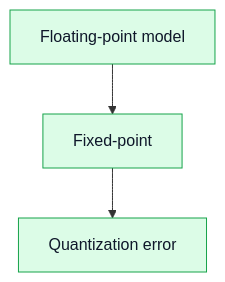
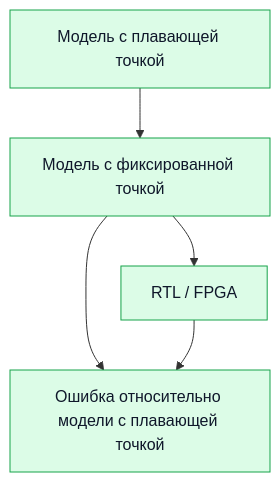
The diagram in blocks/block_01_intro_sdr/18_fixed_point_effects_ru.md (Lay007/zynq-sdr-course), drawn with Mermaid before and after one commit. The commit also changed other lines of this file and 35 other files, not shown here.

````diff
--- a/blocks/block_01_intro_sdr/18_fixed_point_effects_ru.md
+++ b/blocks/block_01_intro_sdr/18_fixed_point_effects_ru.md
@@ -21,10 +38,13 @@
 ```mermaid
 flowchart TB
     classDef dsp fill:#DCFCE7,color:#0F172A,stroke:#16A34A;
 
-    FLOAT["Floating-point model"]:::dsp
-    FIXED["Fixed-point"]:::dsp
-    ERR["Quantization error"]:::dsp
+    FLOAT["Модель с плавающей точкой"]:::dsp
+    FIXED["Модель с фиксированной точкой"]:::dsp
+    RTL["RTL / FPGA"]:::dsp
+    ERR["Ошибка относительно модели с плавающей точкой"]:::dsp
 
-    FLOAT --> FIXED --> ERR
+    FLOAT --> FIXED --> RTL
+    FIXED --> ERR
+    RTL --> ERR
 ```
````
